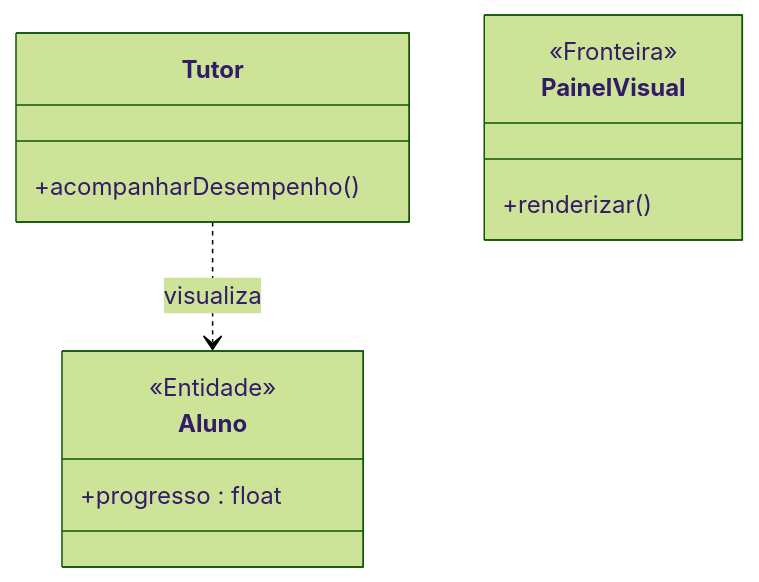
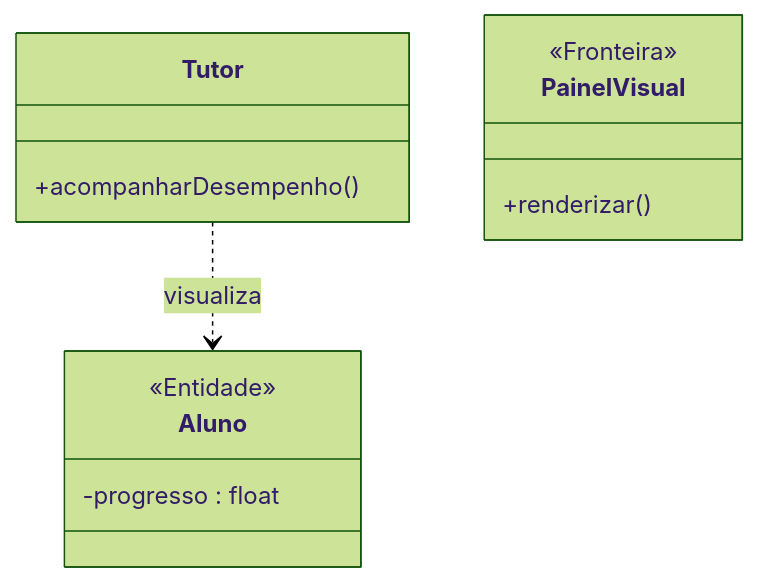
Before and after one commit to MayconDIS/PIM_III-Documentacao_UML: the first of 2 diagrams in 02_Modelagem_UML_Astah/UC06_Acompanhar_Desempenho/README.md, drawn with Mermaid (forest theme). The commit also changed other lines of this file and 14 other files, not shown here.

Commit message:
docs(casos-uso): injeta fluxos normais e alternativos nos READMEs e atualiza mermaid

````diff
--- a/02_Modelagem_UML_Astah/UC06_Acompanhar_Desempenho/README.md
+++ b/02_Modelagem_UML_Astah/UC06_Acompanhar_Desempenho/README.md
@@ -40,15 +44,15 @@
 ```mermaid
 classDiagram
     class Tutor {
         +acompanharDesempenho()
     }
     class Aluno {
         <<Entidade>>
-        +progresso : float
+        -progresso : float
     }
     class PainelVisual {
         <<Fronteira>>
         +renderizar()
     }
     Tutor ..> Aluno : visualiza
 ```
````
